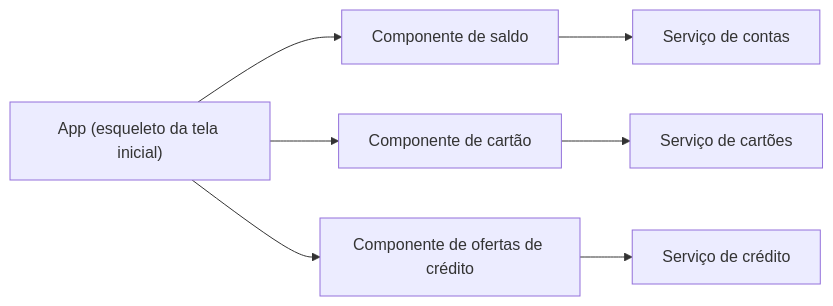
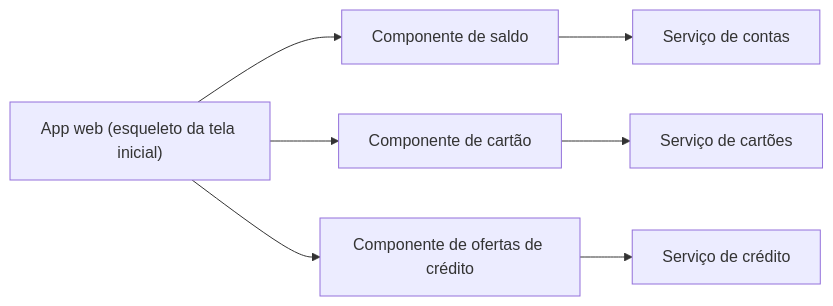
One commit to alancesar/design-patterns changed the diagram in docs/architecture/microservices/ui-design/client-side-ui-composition.md. Above: the diagram before and after it, drawn with Mermaid. The commit also changed other lines of this file and 28 other files, not shown here.

Commit message:
Fix diagram review findings in microservices, eip, cloud and agent patterns

````diff
--- a/docs/architecture/microservices/ui-design/client-side-ui-composition.md
+++ b/docs/architecture/microservices/ui-design/client-side-ui-composition.md
@@ -52,9 +52,9 @@
 ```mermaid
 flowchart LR
-    N["App (esqueleto da tela inicial)"] --> C1[Componente de saldo]
+    N["App web (esqueleto da tela inicial)"] --> C1[Componente de saldo]
     N --> C2[Componente de cartão]
     N --> C3[Componente de ofertas de crédito]
     C1 --> S1[Serviço de contas]
     C2 --> S2[Serviço de cartões]
     C3 --> S3[Serviço de crédito]
 ```
````
